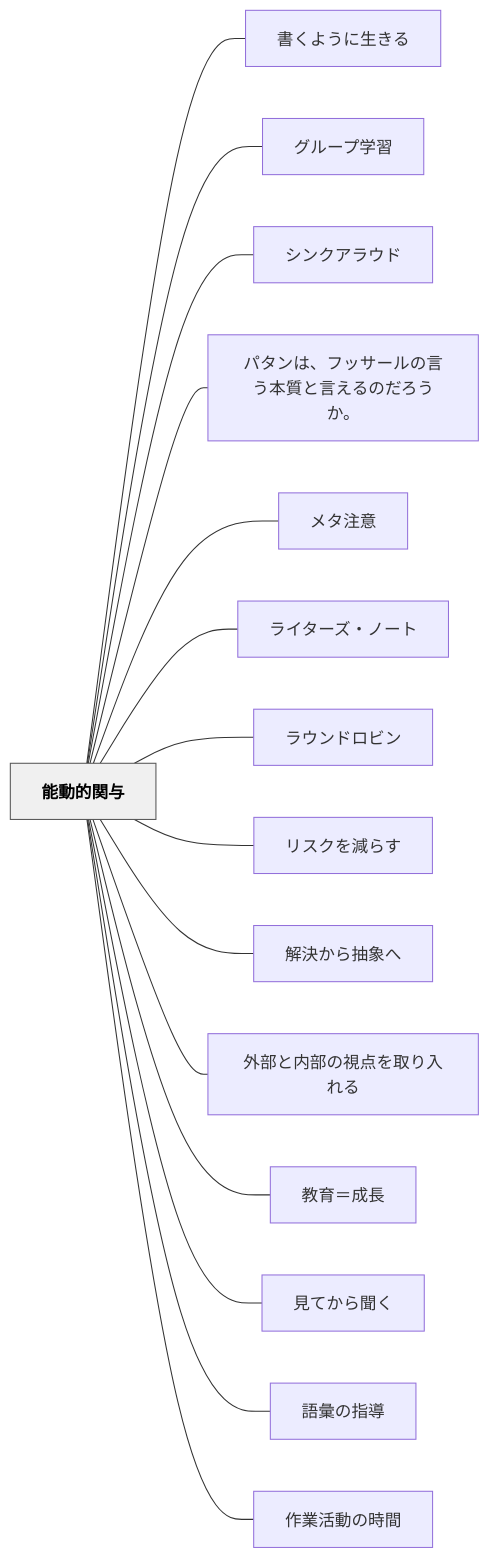
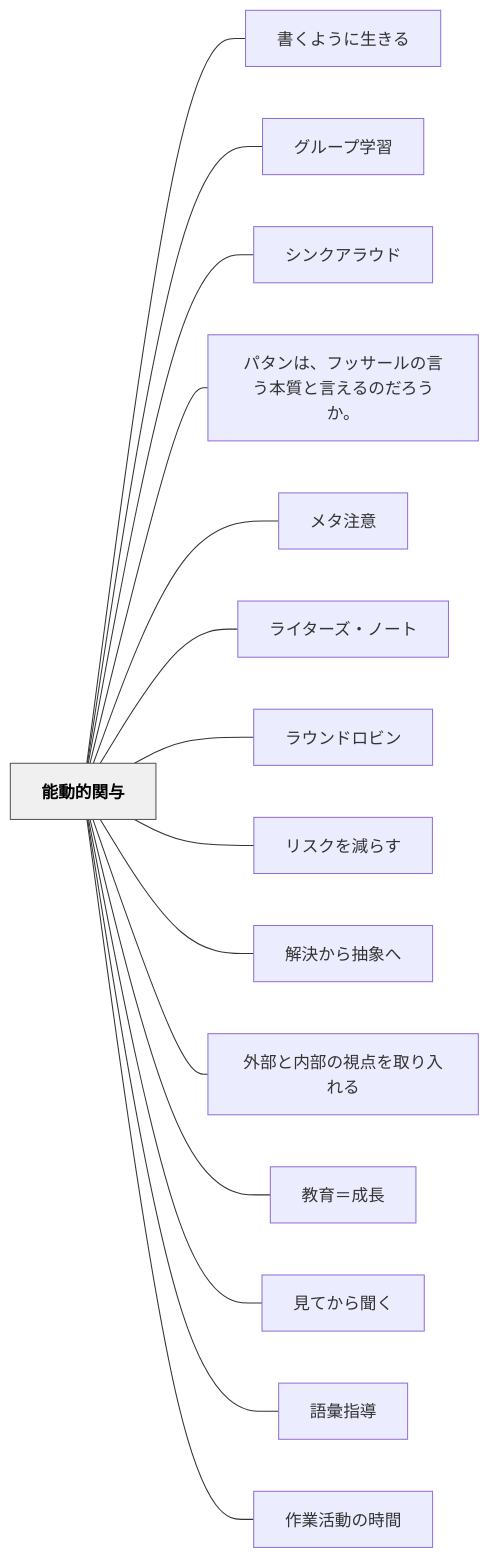
Before and after one commit to unknownthings-ed-patterns/unknownthings-ed-patterns: the diagram in content/パタン/能動的関与.md, drawn with Mermaid. The commit also changed other lines of this file and 3 other files, not shown here.

````diff
--- a/content/パタン/能動的関与.md
+++ b/content/パタン/能動的関与.md
@@ -146,36 +146,36 @@
 ```mermaid
 flowchart LR
     ne883bde58b95e79a84e996a2e4b88e["能動的関与"]
     ne69bb8e3818fe38288e38186e381abe7949fe3818de3828b["書くように生きる"]
     ne382b0e383abe383bce38397e5ada6e7bf92["グループ学習"]
     ne382b7e383b3e382afe382a2e383a9e382a6e38389["シンクアラウド"]
     ne38391e382bfe383b3e381afe38081e38395e38383e382b5e383bce383abe381aee8a880e38186e69cace8b3aae381a8e8a880e38188e3828be381aee381a0e3828de38186e3818be38082["パタンは、フッサールの言う本質と言えるのだろうか。"]
     ne383a1e382bfe6b3a8e6848f["メタ注意"]
     ne383a9e382a4e382bfe383bce382bae383bbe3838ee383bce38388["ライターズ・ノート"]
     ne383a9e382a6e383b3e38389e383ade38393e383b3["ラウンドロビン"]
     ne383aae382b9e382afe38292e6b89be38289e38199["リスクを減らす"]
     ne8a7a3e6b1bae3818be38289e68abde8b1a1e381b8["解決から抽象へ"]
     ne5a496e983a8e381a8e58685e983a8e381aee8a696e782b9e38292e58f96e3828ae585a5e3828ce3828b["外部と内部の視点を取り入れる"]
     ne69599e882b2efbc9de68890e995b7["教育＝成長"]
     ne8a68be381a6e3818be38289e8819ee3818f["見てから聞く"]
-    ne8aa9ee5bd99e381aee68c87e5b08e["語彙の指導"]
+    ne8aa9ee5bd99e68c87e5b08e["語彙指導"]
     ne4bd9ce6a5ade6b4bbe58b95e381aee69982e99693["作業活動の時間"]
 
     ne883bde58b95e79a84e996a2e4b88e --- ne69bb8e3818fe38288e38186e381abe7949fe3818de3828b
     ne883bde58b95e79a84e996a2e4b88e --- ne382b0e383abe383bce38397e5ada6e7bf92
     ne883bde58b95e79a84e996a2e4b88e --- ne382b7e383b3e382afe382a2e383a9e382a6e38389
     ne883bde58b95e79a84e996a2e4b88e --- ne38391e382bfe383b3e381afe38081e38395e38383e382b5e383bce383abe381aee8a880e38186e69cace8b3aae381a8e8a880e38188e3828be381aee381a0e3828de38186e3818be38082
     ne883bde58b95e79a84e996a2e4b88e --- ne383a1e382bfe6b3a8e6848f
     ne883bde58b95e79a84e996a2e4b88e --- ne383a9e382a4e382bfe383bce382bae383bbe3838ee383bce38388
     ne883bde58b95e79a84e996a2e4b88e --- ne383a9e382a6e383b3e38389e383ade38393e383b3
     ne883bde58b95e79a84e996a2e4b88e --- ne383aae382b9e382afe38292e6b89be38289e38199
     ne883bde58b95e79a84e996a2e4b88e --- ne8a7a3e6b1bae3818be38289e68abde8b1a1e381b8
     ne883bde58b95e79a84e996a2e4b88e --- ne5a496e983a8e381a8e58685e983a8e381aee8a696e782b9e38292e58f96e3828ae585a5e3828ce3828b
     ne883bde58b95e79a84e996a2e4b88e --- ne69599e882b2efbc9de68890e995b7
     ne883bde58b95e79a84e996a2e4b88e --- ne8a68be381a6e3818be38289e8819ee3818f
-    ne883bde58b95e79a84e996a2e4b88e --- ne8aa9ee5bd99e381aee68c87e5b08e
+    ne883bde58b95e79a84e996a2e4b88e --- ne8aa9ee5bd99e68c87e5b08e
     ne883bde58b95e79a84e996a2e4b88e --- ne4bd9ce6a5ade6b4bbe58b95e381aee69982e99693
 
     classDef hub fill:#f0f0f0,stroke:#555,color:#000,font-weight:bold
     class ne883bde58b95e79a84e996a2e4b88e hub
 ```
````
